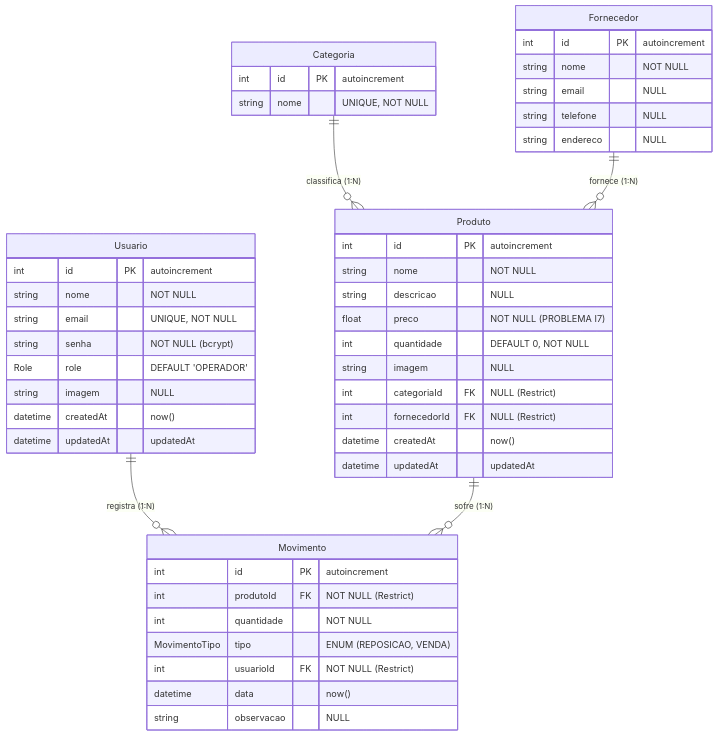
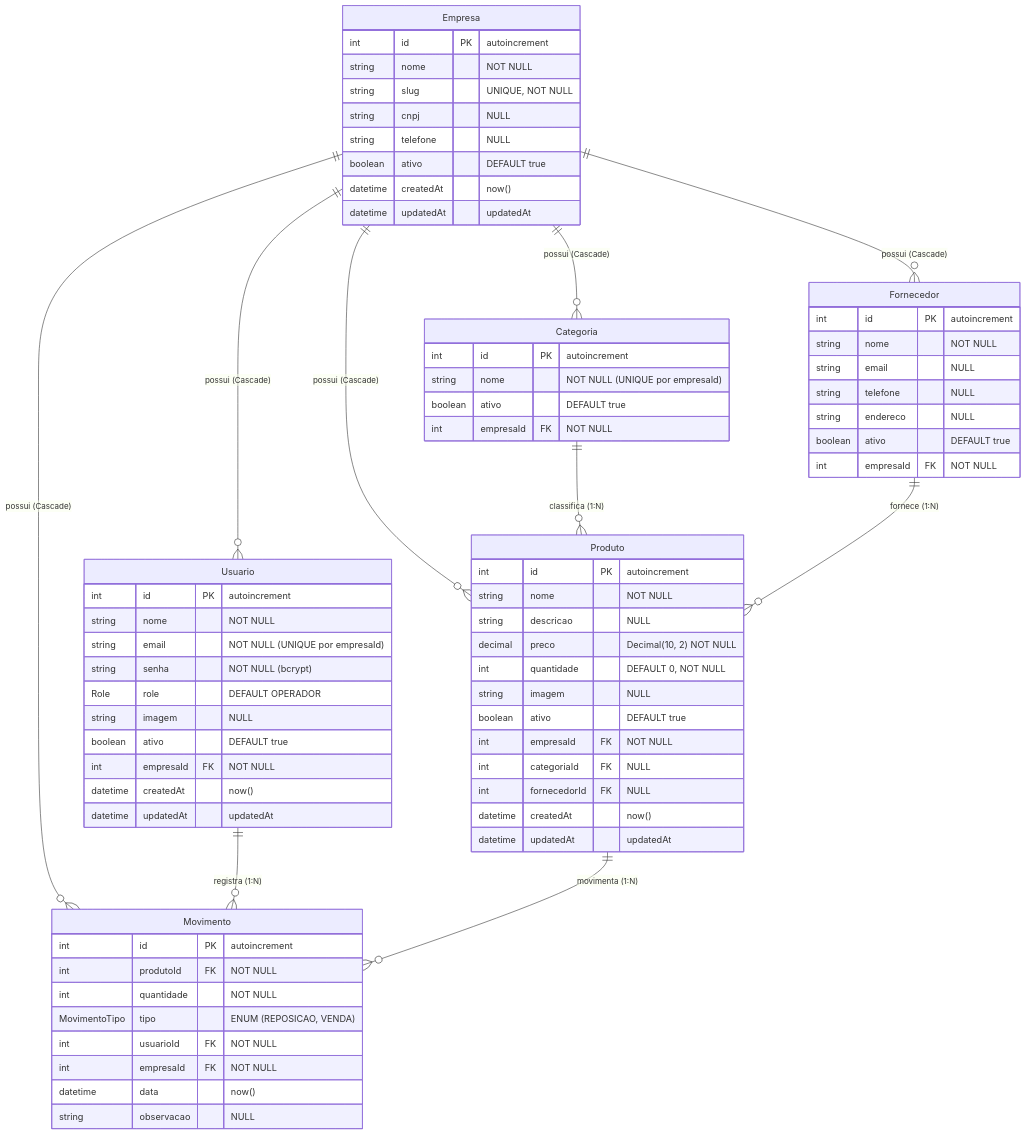
One commit to mateus-x17/adm-estoque changed the diagram in relatorios/04_models_e_banco_de_dados.md. Above: the diagram before and after it, drawn with Mermaid. The commit also changed other lines of this file and 7 other files, not shown here.

````diff
--- a/relatorios/04_models_e_banco_de_dados.md
+++ b/relatorios/04_models_e_banco_de_dados.md
@@ -24,54 +26,79 @@
 ```mermaid
 erDiagram
+    Empresa ||--o{ Usuario : "possui (Cascade)"
+    Empresa ||--o{ Categoria : "possui (Cascade)"
+    Empresa ||--o{ Fornecedor : "possui (Cascade)"
+    Empresa ||--o{ Produto : "possui (Cascade)"
+    Empresa ||--o{ Movimento : "possui (Cascade)"
     Usuario ||--o{ Movimento : "registra (1:N)"
     Categoria ||--o{ Produto : "classifica (1:N)"
     Fornecedor ||--o{ Produto : "fornece (1:N)"
-    Produto ||--o{ Movimento : "sofre (1:N)"
+    Produto ||--o{ Movimento : "movimenta (1:N)"
+
+    Empresa {
+        int id PK "autoincrement"
+        string nome "NOT NULL"
+        string slug "UNIQUE, NOT NULL"
+        string cnpj "NULL"
+        string telefone "NULL"
+        boolean ativo "DEFAULT true"
+        datetime createdAt "now()"
+        datetime updatedAt "updatedAt"
+    }
 
     Usuario {
         int id PK "autoincrement"
         string nome "NOT NULL"
-        string email "UNIQUE, NOT NULL"
+        string email "NOT NULL (UNIQUE por empresaId)"
         string senha "NOT NULL (bcrypt)"
-        Role role "DEFAULT 'OPERADOR'"
+        Role role "DEFAULT OPERADOR"
         string imagem "NULL"
+        boolean ativo "DEFAULT true"
+        int empresaId FK "NOT NULL"
         datetime createdAt "now()"
         datetime updatedAt "updatedAt"
     }
 
     Categoria {
         int id PK "autoincrement"
-        string nome "UNIQUE, NOT NULL"
+        string nome "NOT NULL (UNIQUE por empresaId)"
+        boolean ativo "DEFAULT true"
+        int empresaId FK "NOT NULL"
     }
 
     Fornecedor {
         int id PK "autoincrement"
         string nome "NOT NULL"
         string email "NULL"
         string telefone "NULL"
         string endereco "NULL"
+        boolean ativo "DEFAULT true"
+        int empresaId FK "NOT NULL"
     }
 
     Produto {
         int id PK "autoincrement"
         string nome "NOT NULL"
         string descricao "NULL"
-        float preco "NOT NULL (PROBLEMA I7)"
+        decimal preco "Decimal(10, 2) NOT NULL"
         int quantidade "DEFAULT 0, NOT NULL"
         string imagem "NULL"
-        int categoriaId FK "NULL (Restrict)"
-        int fornecedorId FK "NULL (Restrict)"
+        boolean ativo "DEFAULT true"
+        int empresaId FK "NOT NULL"
+        int categoriaId FK "NULL"
+        int fornecedorId FK "NULL"
         datetime createdAt "now()"
         datetime updatedAt "updatedAt"
     }
 
     Movimento {
         int id PK "autoincrement"
-        int produtoId FK "NOT NULL (Restrict)"
+        int produtoId FK "NOT NULL"
         int quantidade "NOT NULL"
         MovimentoTipo tipo "ENUM (REPOSICAO, VENDA)"
-        int usuarioId FK "NOT NULL (Restrict)"
+        int usuarioId FK "NOT NULL"
+        int empresaId FK "NOT NULL"
         datetime data "now()"
         string observacao "NULL"
     }
 ```
````
